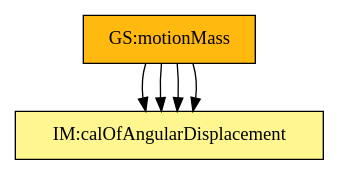
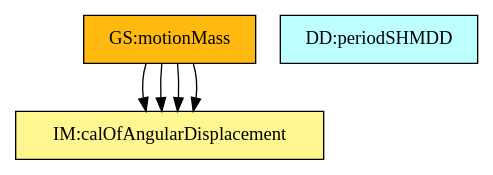
The diagram in code/stable/sglpend/TraceyGraph/allvsr.dot (JacquesCarette/Drasil), drawn with Graphviz before and after one commit. The commit also changed 72 other files, not shown here.

```diff
--- a/code/stable/sglpend/TraceyGraph/allvsr.dot
+++ b/code/stable/sglpend/TraceyGraph/allvsr.dot
@@ -1,71 +1,82 @@
 digraph allvsr {
 	instance:calcAngPos -> theory:angularDisplacementIM;
 	instance:outputValues -> theory:angularDisplacementIM;
 	instance:calcAngPos -> theory:angularDisplacementIM;
 	instance:outputValues -> theory:angularDisplacementIM;
 
 
 	instance:twoDMotion	[shape=box, color=black, style=filled, fillcolor=mistyrose, label="A:twoDMotion"];
 	instance:cartSys	[shape=box, color=black, style=filled, fillcolor=mistyrose, label="A:cartSys"];
 	instance:cartSysR	[shape=box, color=black, style=filled, fillcolor=mistyrose, label="A:cartSysR"];
 	instance:yAxisDir	[shape=box, color=black, style=filled, fillcolor=mistyrose, label="A:yAxisDir"];
 
 	subgraph A {
 	rank="same"
 	{instance:twoDMotion, instance:cartSys, instance:cartSysR, instance:yAxisDir}
+	}
+
+	dataDefn:ixPos	[shape=box, color=black, style=filled, fillcolor=paleturquoise1, label="DD:positionIX"];
+	dataDefn:iyPos	[shape=box, color=black, style=filled, fillcolor=paleturquoise1, label="DD:positionIY"];
+	dataDefn:frequency	[shape=box, color=black, style=filled, fillcolor=paleturquoise1, label="DD:frequencyDD"];
+	dataDefn:angularFrequency	[shape=box, color=black, style=filled, fillcolor=paleturquoise1, label="DD:angFrequencyDD"];
+	dataDefn:period	[shape=box, color=black, style=filled, fillcolor=paleturquoise1, label="DD:periodSHMDD"];
+
+	subgraph DD {
+	rank="same"
+	{dataDefn:ixPos, dataDefn:iyPos, dataDefn:frequency, dataDefn:angularFrequency, dataDefn:period}
 	}
 
 	theory:accelerationTM	[shape=box, color=black, style=filled, fillcolor=pink, label="TM:acceleration"];
 	theory:velocityTM	[shape=box, color=black, style=filled, fillcolor=pink, label="TM:velocity"];
 	theory:newtonSL	[shape=box, color=black, style=filled, fillcolor=pink, label="TM:NewtonSecLawMot"];
 	theory:newtonSLR	[shape=box, color=black, style=filled, fillcolor=pink, label="TM:NewtonSecLawRotMot"];
 
 	subgraph TM {
 	rank="same"
 	{theory:accelerationTM, theory:velocityTM, theory:newtonSL, theory:newtonSLR}
 	}
 
 	theory:xVel	[shape=box, color=black, style=filled, fillcolor=palegreen, label="GD:velocityIX"];
 	theory:yVel	[shape=box, color=black, style=filled, fillcolor=palegreen, label="GD:velocityIY"];
 	theory:xScalAcc	[shape=box, color=black, style=filled, fillcolor=palegreen, label="GD:accelerationIX"];
 	theory:yScalAcc	[shape=box, color=black, style=filled, fillcolor=palegreen, label="GD:accelerationIY"];
 	theory:hForceOnPendulum	[shape=box, color=black, style=filled, fillcolor=palegreen, label="GD:hForceOnPendulum"];
 	theory:vForceOnPendulum	[shape=box, color=black, style=filled, fillcolor=palegreen, label="GD:vForceOnPendulum"];
 	theory:angFrequencyGD	[shape=box, color=black, style=filled, fillcolor=palegreen, label="GD:angFrequencyGD"];
 	theory:periodPendGD	[shape=box, color=black, style=filled, fillcolor=palegreen, label="GD:periodPend"];
 
 	subgraph GD {
 	rank="same"
 	{theory:xVel, theory:yVel, theory:xScalAcc, theory:yScalAcc, theory:hForceOnPendulum, theory:vForceOnPendulum, theory:angFrequencyGD, theory:periodPendGD}
 	}
 
 	theory:angularDisplacementIM	[shape=box, color=black, style=filled, fillcolor=khaki1, label="IM:calOfAngularDisplacement"];
 
 	subgraph IM {
 	rank="same"
 	{theory:angularDisplacementIM}
 	}
 
 	instance:verifyInptVals	[shape=box, color=black, style=filled, fillcolor=ivory, label="FR:verifyInptVals"];
 	instance:calcAngPos	[shape=box, color=black, style=filled, fillcolor=ivory, label="FR:calcAngPos"];
 	instance:outputValues	[shape=box, color=black, style=filled, fillcolor=ivory, label="FR:outputValues"];
 	instance:correct	[shape=box, color=black, style=filled, fillcolor=ivory, label="NFR:correct"];
 	instance:portable	[shape=box, color=black, style=filled, fillcolor=ivory, label="NFR:portable"];
 	instance:inputValues	[shape=box, color=black, style=filled, fillcolor=ivory, label="FR:inputValues"];
 	instance:verifyInptVals	[shape=box, color=black, style=filled, fillcolor=ivory, label="FR:verifyInptVals"];
 	instance:calcAngPos	[shape=box, color=black, style=filled, fillcolor=ivory, label="FR:calcAngPos"];
 	instance:outputValues	[shape=box, color=black, style=filled, fillcolor=ivory, label="FR:outputValues"];
 
 	subgraph FR {
 	rank="same"
 	{instance:verifyInptVals, instance:calcAngPos, instance:outputValues, instance:correct, instance:portable, instance:inputValues, instance:verifyInptVals, instance:calcAngPos, instance:outputValues}
 	}
 
 	instance:motionMass	[shape=box, color=black, style=filled, fillcolor=darkgoldenrod1, label="GS:motionMass"];
 
 	subgraph GS {
 	rank="same"
 	{instance:motionMass}
 	}
 
 }
```
